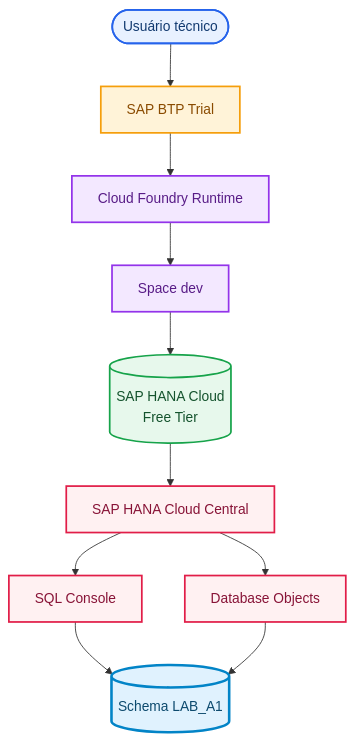
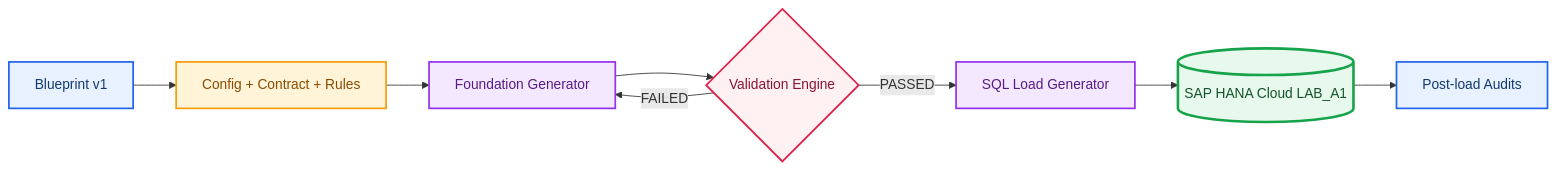
One commit to OrlandoCaetano2026/SAP_HANA_Cloud_Data_Engineering_Learning changed the first of 2 diagrams in Docs/A — Data & SAP-MES Master Data Foundation/BR/01-a1-fundacao-de-dados-relacionais.md. Above: the diagram before and after it, drawn with Mermaid. The commit also changed other lines of this file and 41 other files, not shown here.

````diff
--- a/Docs/A — Data & SAP-MES Master Data Foundation/BR/01-a1-fundacao-de-dados-relacionais.md
+++ b/Docs/A — Data & SAP-MES Master Data Foundation/BR/01-a1-fundacao-de-dados-relacionais.md
@@ -50,14 +21,13 @@
 ```mermaid
-flowchart TB
-    U(["Usuário técnico"]):::actor --> BTP["SAP BTP Trial"]:::platform
-    BTP --> CF["Cloud Foundry Runtime"]:::runtime --> DEV["Space dev"]:::runtime
-    DEV --> HC[("SAP HANA Cloud<br/>Free Tier")]:::database --> HCC["SAP HANA Cloud Central"]:::tool
-    HCC --> SQL["SQL Console"]:::tool --> LAB[("Schema LAB_A1")]:::schema
-    HCC --> DBO["Database Objects"]:::tool --> LAB
-    classDef actor fill:#E8F1FF,stroke:#2563EB,color:#123A70,stroke-width:2px;
-    classDef platform fill:#FFF3D8,stroke:#F59E0B,color:#8A4B00,stroke-width:2px;
-    classDef runtime fill:#F3E8FF,stroke:#9333EA,color:#581C87,stroke-width:2px;
-    classDef database fill:#E7F8EC,stroke:#16A34A,color:#14532D,stroke-width:2px;
-    classDef tool fill:#FFF1F2,stroke:#E11D48,color:#881337,stroke-width:2px;
-    classDef schema fill:#E0F2FE,stroke:#0284C7,color:#0C4A6E,stroke-width:3px;
+flowchart LR
+    B["Blueprint v1"]:::a --> C["Config + Contract + Rules"]:::b --> G["Foundation Generator"]:::c
+    G --> V{"Validation Engine"}:::d
+    V -->|PASSED| S["SQL Load Generator"]:::c --> H[("SAP HANA Cloud LAB_A1")]:::e
+    H --> A["Post-load Audits"]:::a
+    V -->|FAILED| G
+    classDef a fill:#E8F1FF,stroke:#2563EB,color:#123A70,stroke-width:2px;
+    classDef b fill:#FFF3D8,stroke:#F59E0B,color:#8A4B00,stroke-width:2px;
+    classDef c fill:#F3E8FF,stroke:#9333EA,color:#581C87,stroke-width:2px;
+    classDef d fill:#FFF1F2,stroke:#E11D48,color:#881337,stroke-width:2px;
+    classDef e fill:#E7F8EC,stroke:#16A34A,color:#14532D,stroke-width:3px;
 ```
````
